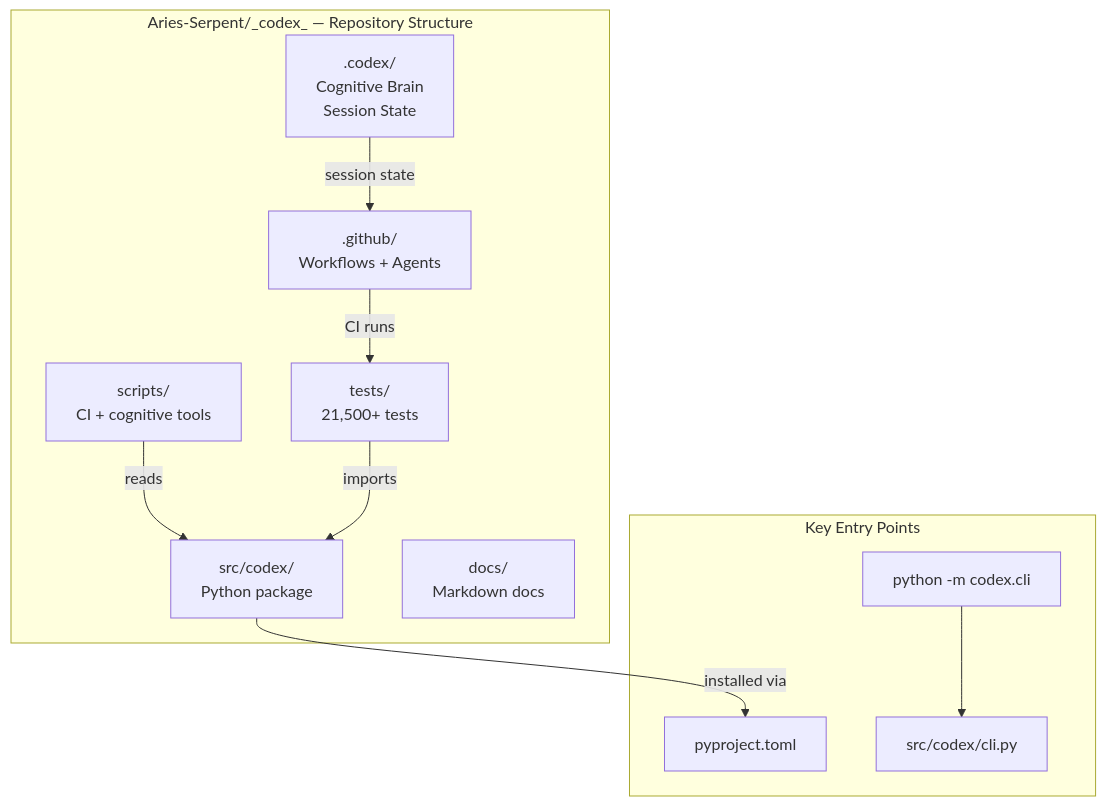
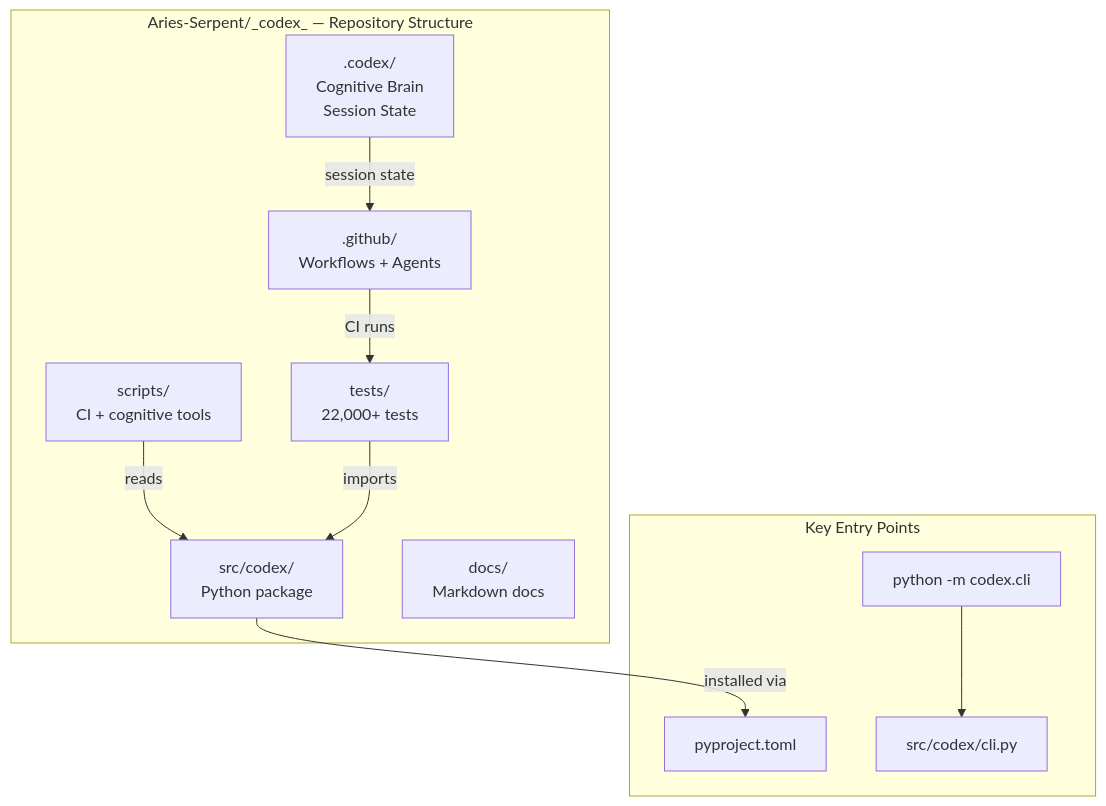
Before and after one commit to Aries-Serpent/_codex_: the first of 17 diagrams in docs/CODEBASE_MERMAID_MAPS.md, drawn with Mermaid. The commit also changed other lines of this file and 1 other file, not shown here.

````diff
--- a/docs/CODEBASE_MERMAID_MAPS.md
+++ b/docs/CODEBASE_MERMAID_MAPS.md
@@ -34,24 +35,24 @@
 ```mermaid
 graph TD
     subgraph "Aries-Serpent/_codex_ — Repository Structure"
         SRC[src/codex/\nPython package]
-        TESTS[tests/\n21,500+ tests]
+        TESTS[tests/\n22,000+ tests]
         DOCS[docs/\nMarkdown docs]
         GITHUB[.github/\nWorkflows + Agents]
         CODEX[.codex/\nCognitive Brain\nSession State]
         SCRIPTS[scripts/\nCI + cognitive tools]
     end
 
     subgraph "Key Entry Points"
         CLI[python -m codex.cli]
         PYPROJ[pyproject.toml]
         MAIN[src/codex/cli.py]
     end
 
     SRC -->|installed via| PYPROJ
     CLI --> MAIN
     SCRIPTS -->|reads| SRC
     TESTS -->|imports| SRC
     GITHUB -->|CI runs| TESTS
     CODEX -->|session state| GITHUB
 ```
````
